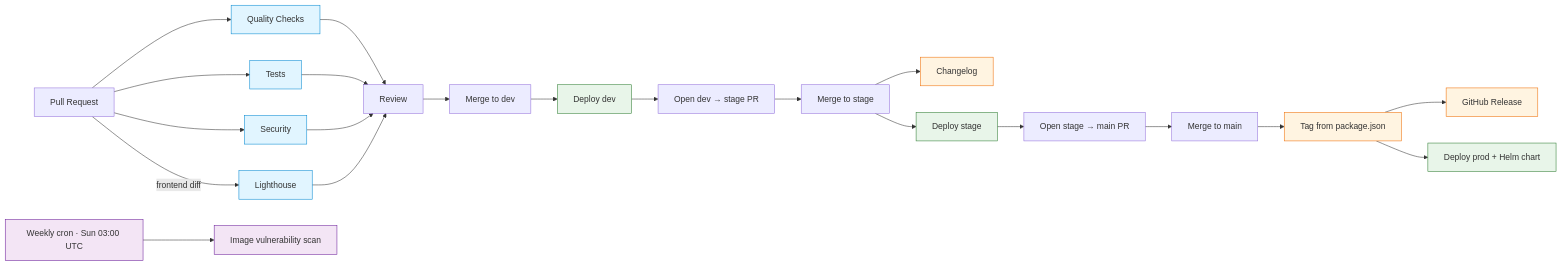
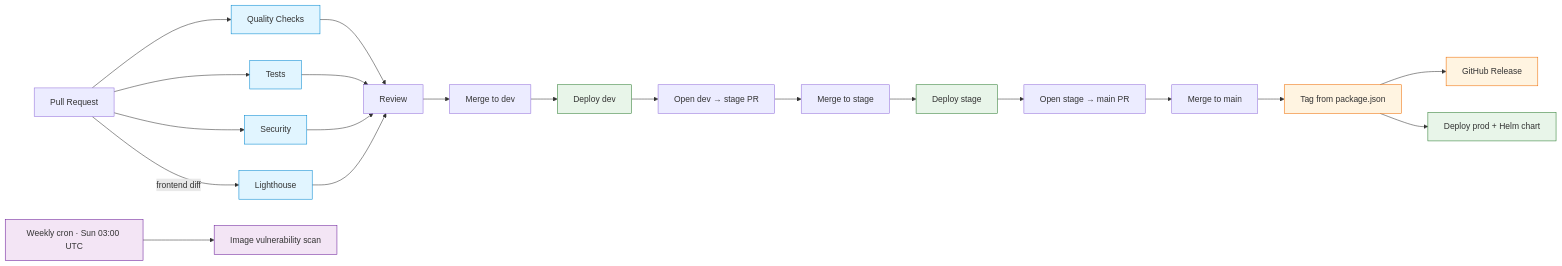
The diagram in docs/src/architecture/cicd-workflows.md (EPFL-ENAC/co2-calculator), drawn with Mermaid before and after one commit. The commit also changed other lines of this file and 9 other files, not shown here.

````diff
--- a/docs/src/architecture/cicd-workflows.md
+++ b/docs/src/architecture/cicd-workflows.md
@@ -22,33 +22,32 @@
 ```mermaid
 flowchart LR
     PR[Pull Request] --> Q[Quality Checks]
     PR --> T[Tests]
     PR --> S[Security]
     PR -->|frontend diff| L[Lighthouse]
     Q --> R[Review]
     T --> R
     S --> R
     L --> R
     R --> Mdev[Merge to dev]
     Mdev --> Ddev[Deploy dev]
     Ddev --> PRstage[Open dev → stage PR]
     PRstage --> Mstage[Merge to stage]
-    Mstage --> CL[Changelog]
     Mstage --> Dstage[Deploy stage]
     Dstage --> PRmain[Open stage → main PR]
     PRmain --> Mmain[Merge to main]
     Mmain --> Tag[Tag from package.json]
     Tag --> Release[GitHub Release]
     Tag --> Dprod[Deploy prod + Helm chart]
 
     Cron[Weekly cron · Sun 03:00 UTC] --> Scan[Image vulnerability scan]
 
     classDef ci fill:#e1f5ff,stroke:#0288d1
     classDef deploy fill:#e8f5e9,stroke:#2e7d32
     classDef release fill:#fff4e1,stroke:#ef6c00
     classDef cron fill:#f3e5f5,stroke:#6a1b9a
     class Q,T,S,L ci
     class Ddev,Dstage,Dprod deploy
     class CL,Tag,Release release
     class Cron,Scan cron
 ```
````
